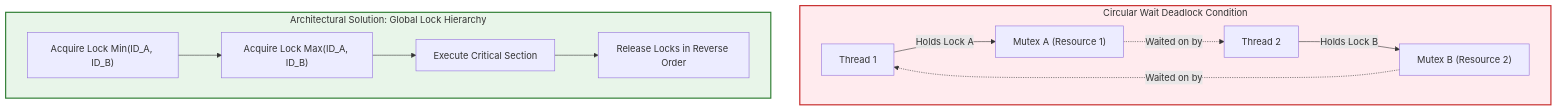
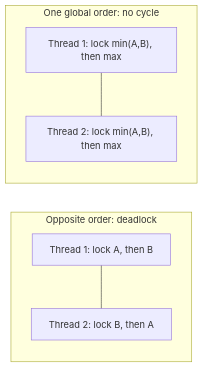
The third of 4 diagrams in content/lld/10-concurrency-safe-design/README.md (TapanKumarBarik/Backend-roadmap), drawn with Mermaid before and after one commit. The commit also changed other lines of this file and 68 other files, not shown here.

````diff
--- a/content/lld/10-concurrency-safe-design/README.md
+++ b/content/lld/10-concurrency-safe-design/README.md
@@ -45,18 +111,9 @@
 ```mermaid
-flowchart TD
-    subgraph DL["Circular Wait Deadlock Condition"]
-        T1["Thread 1"] -->|Holds Lock A| ResA["Mutex A (Resource 1)"]
-        ResA -.->|Waited on by| T2["Thread 2"]
-        T2 -->|Holds Lock B| ResB["Mutex B (Resource 2)"]
-        ResB -.->|Waited on by| T1
-    end
-
-    subgraph Sol["Architectural Solution: Global Lock Hierarchy"]
-        Ord1["Acquire Lock Min(ID_A, ID_B)"] --> Ord2["Acquire Lock Max(ID_A, ID_B)"]
-        Ord2 --> Execute["Execute Critical Section"]
-        Execute --> Rel["Release Locks in Reverse Order"]
-    end
-
-    style DL fill:#ffebee,stroke:#c62828,stroke-width:2px
-    style Sol fill:#e8f5e9,stroke:#2e7d32,stroke-width:2px
+flowchart LR
+  subgraph Bad["Opposite order: deadlock"]
+    T1["Thread 1: lock A, then B"] --- T2["Thread 2: lock B, then A"]
+  end
+  subgraph Good["One global order: no cycle"]
+    G1["Thread 1: lock min(A,B), then max"] --- G2["Thread 2: lock min(A,B), then max"]
+  end
 ```
````
